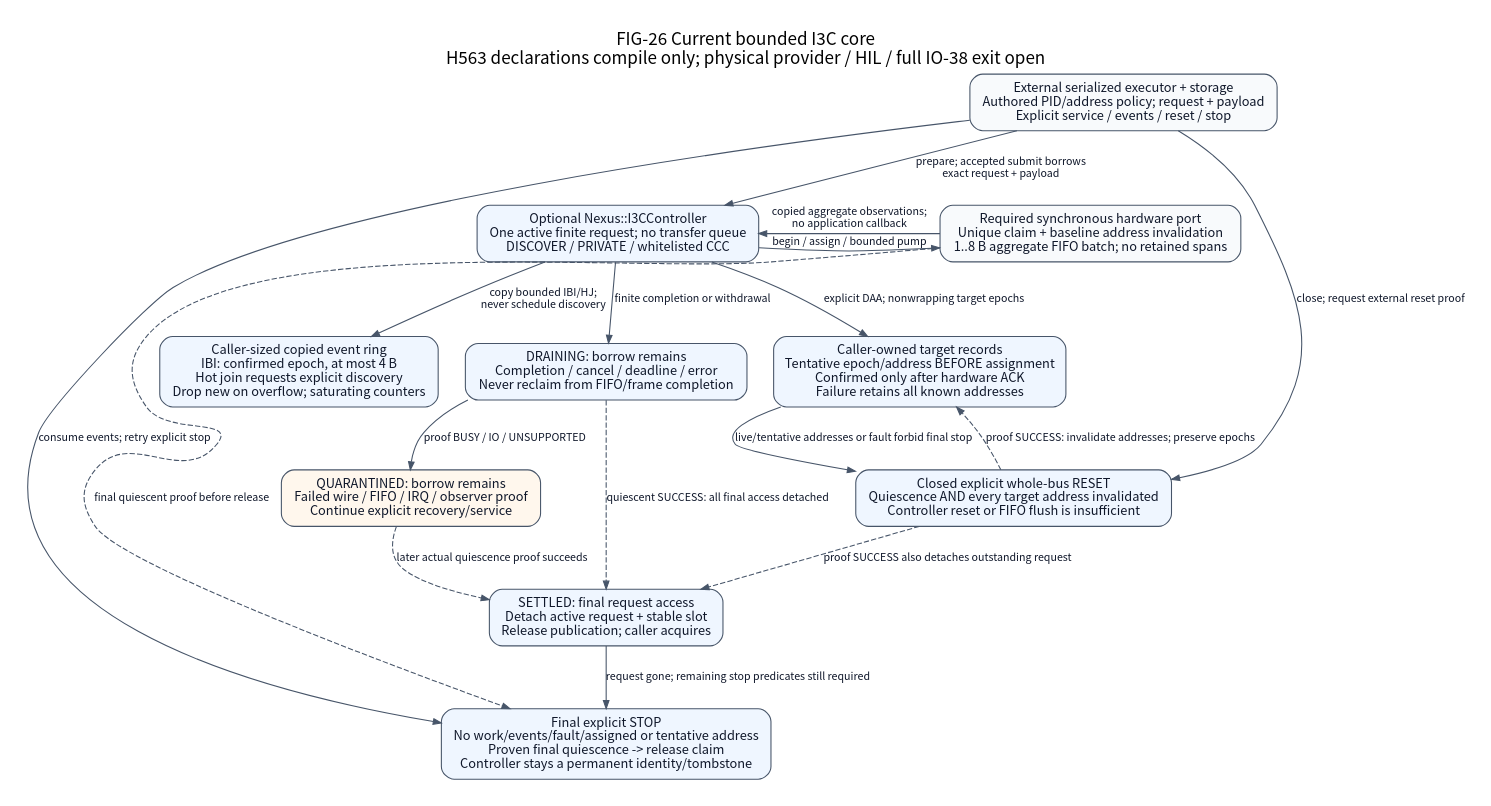
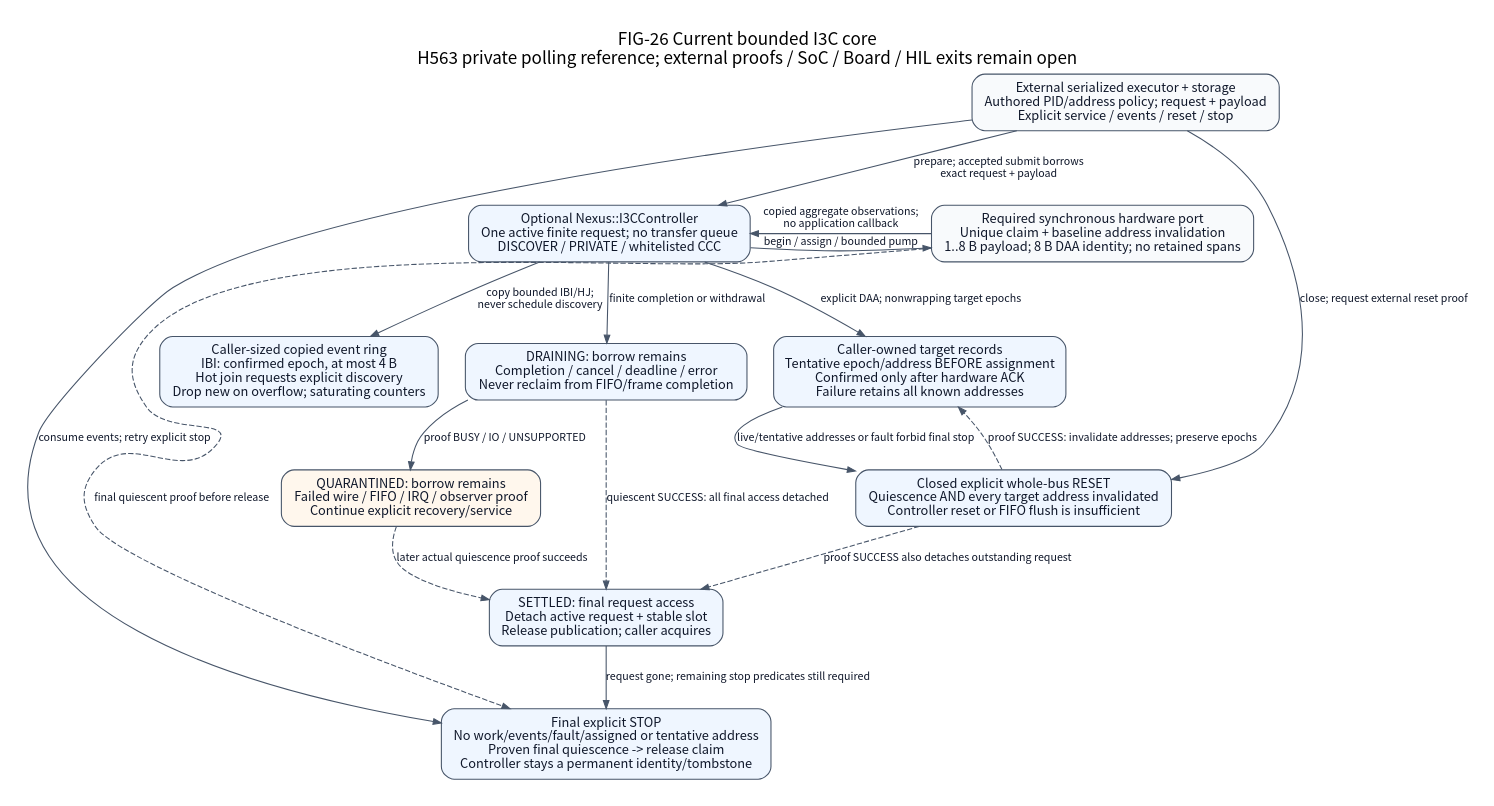
The diagram in docs/assets/diagrams/localized/en/i3c-core-lifecycle.dot (X-Gen-Lab/nexus), drawn with Graphviz before and after one commit. The commit also changed 100 other files, not shown here.

```diff
--- a/docs/assets/diagrams/localized/en/i3c-core-lifecycle.dot
+++ b/docs/assets/diagrams/localized/en/i3c-core-lifecycle.dot
@@ -1,39 +1,39 @@
-// FIG-26 current common I3C mechanism, no physical controller provider.
+// FIG-26 current common I3C mechanism and explicit external proofs.
 // Basis: public i3c_controller headers and i3c_controller.c.
 digraph i3cCore {
-    graph [label="FIG-26 Current bounded I3C core\nH563 declarations compile only; physical provider / HIL / full IO-38 exit open",
+    graph [label="FIG-26 Current bounded I3C core\nH563 private polling reference; external proofs / SoC / Board / HIL exits remain open",
            rankdir=TB, labelloc=t, fontname="Noto Sans CJK SC", fontsize=16,
            bgcolor="white", pad=0.25, nodesep=0.35, ranksep=0.65];
     node [shape=box, style="rounded,filled", fillcolor="#eff6ff",
           color="#475569", fontcolor="#0f172a", fontname="Noto Sans CJK SC",
           fontsize=12, margin="0.14,0.10"];
     edge [color="#475569", fontcolor="#0f172a",
           fontname="Noto Sans CJK SC", fontsize=10, arrowsize=0.75];
     caller [label="External serialized executor + storage\nAuthored PID/address policy; request + payload\nExplicit service / events / reset / stop", fillcolor="#f8fafc"];
     core [label="Optional Nexus::I3CController\nOne active finite request; no transfer queue\nDISCOVER / PRIVATE / whitelisted CCC"];
-    port [label="Required synchronous hardware port\nUnique claim + baseline address invalidation\n1..8 B aggregate FIFO batch; no retained spans", fillcolor="#f8fafc"];
+    port [label="Required synchronous hardware port\nUnique claim + baseline address invalidation\n1..8 B payload; 8 B DAA identity; no retained spans", fillcolor="#f8fafc"];
     records [label="Caller-owned target records\nTentative epoch/address BEFORE assignment\nConfirmed only after hardware ACK\nFailure retains all known addresses"];
     events [label="Caller-sized copied event ring\nIBI: confirmed epoch, at most 4 B\nHot join requests explicit discovery\nDrop new on overflow; saturating counters"];
     draining [label="DRAINING: borrow remains\nCompletion / cancel / deadline / error\nNever reclaim from FIFO/frame completion"];
     quarantine [label="QUARANTINED: borrow remains\nFailed wire / FIFO / IRQ / observer proof\nContinue explicit recovery/service", fillcolor="#fff7ed"];
     settled [label="SETTLED: final request access\nDetach active request + stable slot\nRelease publication; caller acquires"];
     reset [label="Closed explicit whole-bus RESET\nQuiescence AND every target address invalidated\nController reset or FIFO flush is insufficient"];
     stop [label="Final explicit STOP\nNo work/events/fault/assigned or tentative address\nProven final quiescence -> release claim\nController stays a permanent identity/tombstone"];
     { rank=same; core; port; }
     caller -> core [label="prepare; accepted submit borrows\nexact request + payload"];
     core -> port [label="begin / assign / bounded pump"];
     port -> core [label="copied aggregate observations;\nno application callback"];
     core -> records [label="explicit DAA; nonwrapping target epochs"];
     core -> events [label="copy bounded IBI/HJ;\nnever schedule discovery"];
     core -> draining [label="finite completion or withdrawal"];
     draining -> settled [label="quiescent SUCCESS: all final access detached", style=dashed];
     draining -> quarantine [label="proof BUSY / IO / UNSUPPORTED"];
     quarantine -> settled [label="later actual quiescence proof succeeds", style=dashed];
     caller -> reset [label="close; request external reset proof"];
     reset -> records [label="proof SUCCESS: invalidate addresses; preserve epochs", style=dashed];
     reset -> settled [label="proof SUCCESS also detaches outstanding request", style=dashed];
     records -> reset [label="live/tentative addresses or fault forbid final stop"];
     caller -> stop [label="consume events; retry explicit stop", constraint=false];
     settled -> stop [label="request gone; remaining stop predicates still required"];
     port -> stop [label="final quiescent proof before release", style=dashed, constraint=false];
 }
```
